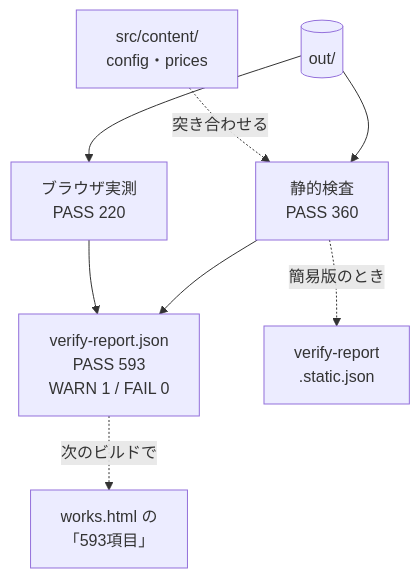
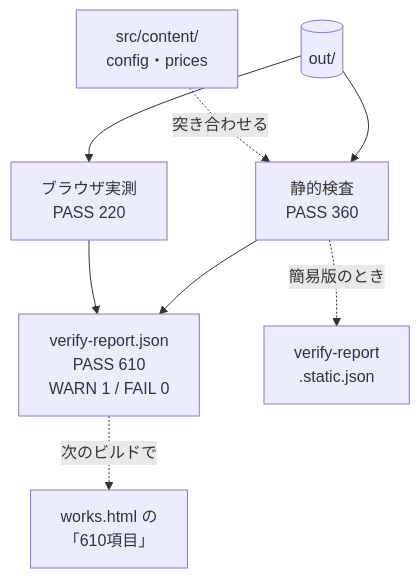
Before and after one commit to bright-broom/tsumugi: the third of 4 diagrams in site/README.md, drawn with Mermaid. The commit also changed other lines of this file and 17 other files, not shown here.

````diff
--- a/site/README.md
+++ b/site/README.md
@@ -59,10 +59,10 @@
 ```mermaid
 flowchart TD
   out[("out/")] --> st["静的検査<br/>PASS 360"]
   out --> br["ブラウザ実測<br/>PASS 220"]
   content["src/content/<br/>config・prices"] -.->|突き合わせる| st
-  st --> full["verify-report.json<br/>PASS 593<br/>WARN 1 / FAIL 0"]
+  st --> full["verify-report.json<br/>PASS 610<br/>WARN 1 / FAIL 0"]
   br --> full
   st -.->|簡易版のとき| static["verify-report<br/>.static.json"]
-  full -.->|次のビルドで| works["works.html の<br/>「593項目」"]
+  full -.->|次のビルドで| works["works.html の<br/>「610項目」"]
 ```
````
